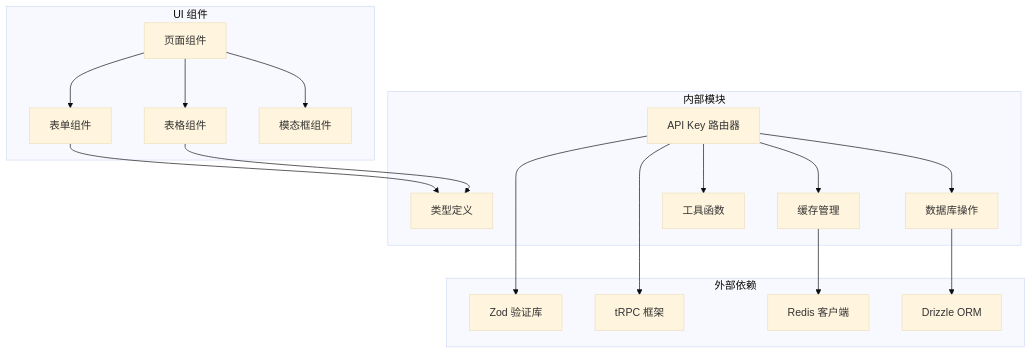
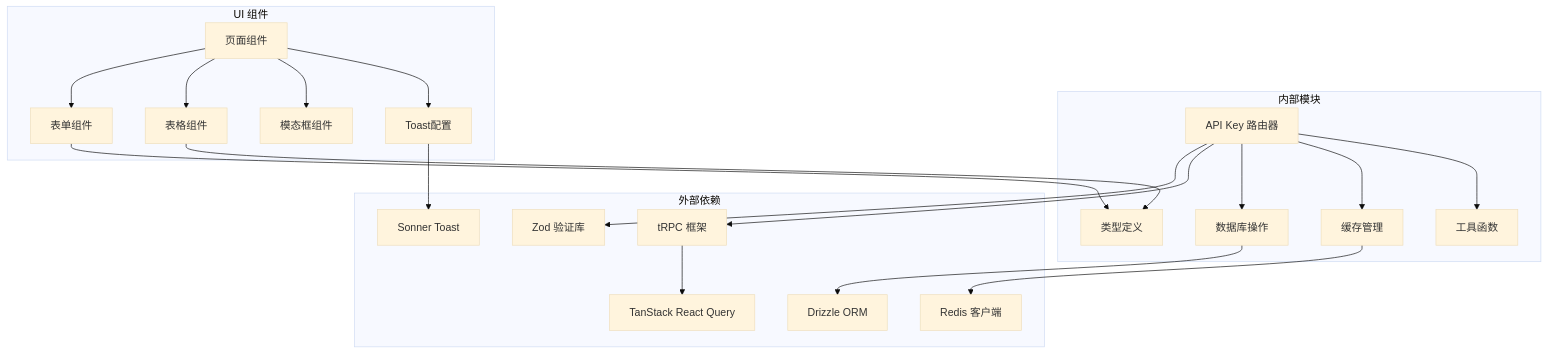
The eighth of 8 diagrams in .qoder/repowiki/zh/content/API 参考/tRPC API 接口/API Key 管理路由.md (RadiumAg/AIGate), drawn with Mermaid (base theme) before and after one commit. The commit also changed other lines of this file and 2 other files, not shown here.

````diff
--- a/.qoder/repowiki/zh/content/API 参考/tRPC API 接口/API Key 管理路由.md
+++ b/.qoder/repowiki/zh/content/API 参考/tRPC API 接口/API Key 管理路由.md
@@ -291,34 +351,40 @@
 ```mermaid
 graph TB
 subgraph "外部依赖"
 Zod[Zod 验证库]
 TRPC[tRPC 框架]
 Redis[Redis 客户端]
 Drizzle[Drizzle ORM]
+Sonner[Sonner Toast]
+TanStack[TanStack React Query]
 end
 subgraph "内部模块"
 Router[API Key 路由器]
 Types[类型定义]
 DB[数据库操作]
 Cache[缓存管理]
 Utils[工具函数]
 end
 subgraph "UI 组件"
 Page[页面组件]
 Form[表单组件]
 Table[表格组件]
 Modal[模态框组件]
+Toaster[Toast配置]
 end
 Router --> Zod
 Router --> TRPC
 Router --> DB
 Router --> Cache
 Router --> Utils
 DB --> Drizzle
 Cache --> Redis
 Page --> Form
 Page --> Table
 Page --> Modal
+Page --> Toaster
 Form --> Types
 Table --> Types
+TRPC --> TanStack
+Toaster --> Sonner
 ```
````
